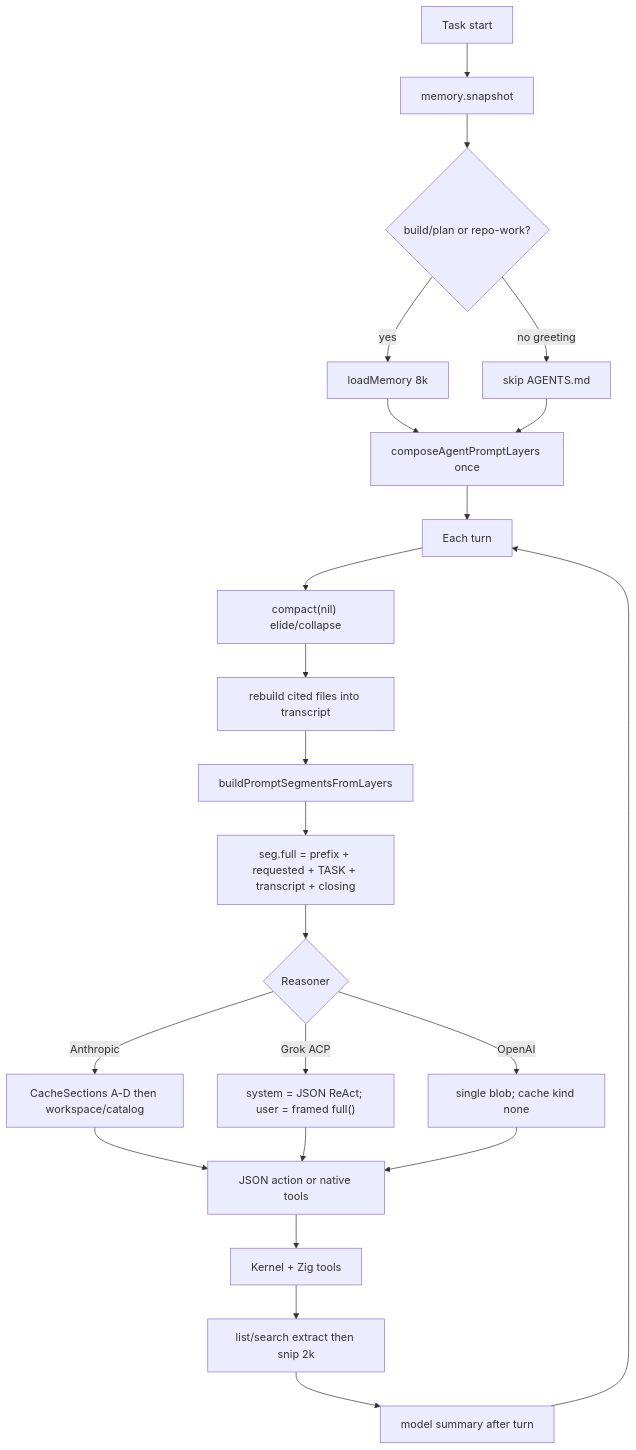
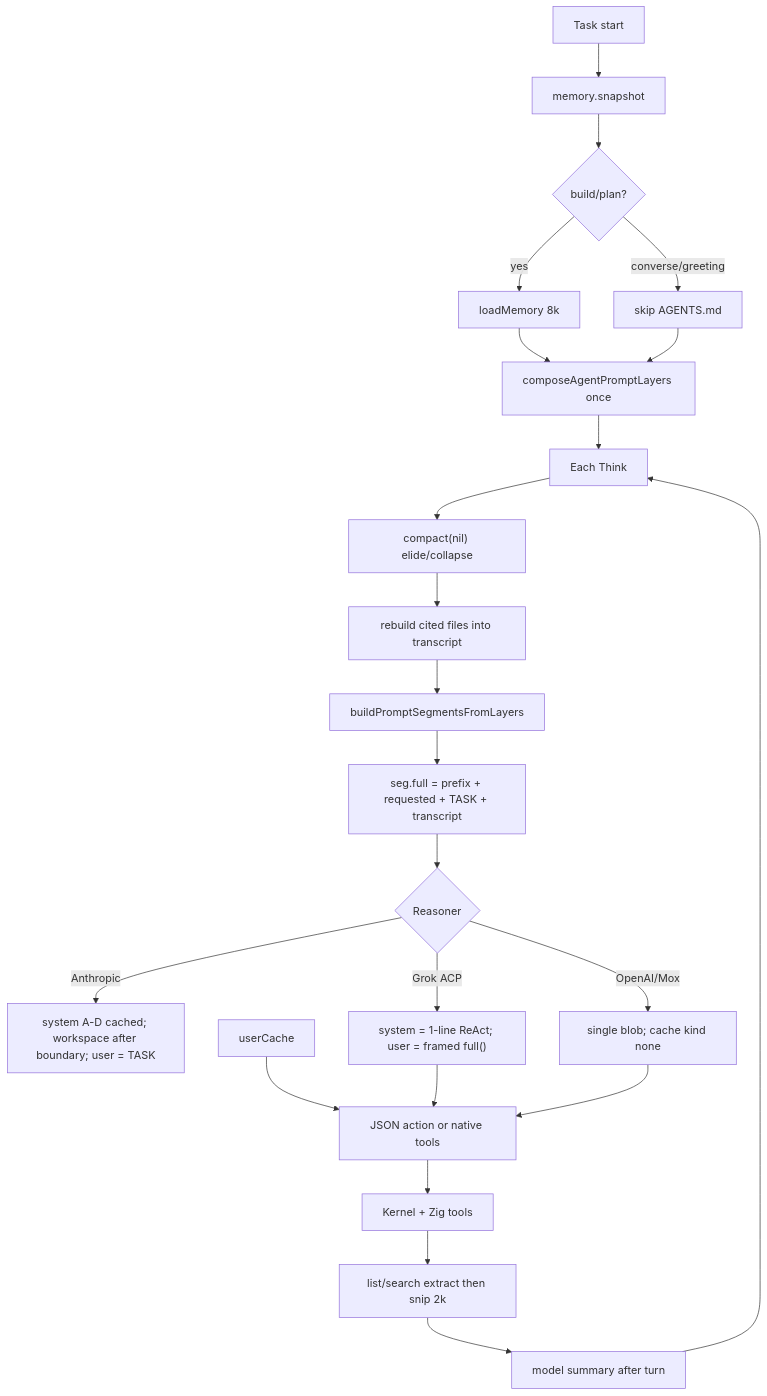
One commit to Nebutra/carina changed the diagram in docs/CONTEXT_ENGINEERING.md. Above: the diagram before and after it, drawn with Mermaid. The commit also changed other lines of this file and 19 other files, not shown here.

First line of the commit message:
fix: put Anthropic constitution in system, not the user turn

````diff
--- a/docs/CONTEXT_ENGINEERING.md
+++ b/docs/CONTEXT_ENGINEERING.md
@@ -92,25 +99,25 @@
 ```mermaid
 flowchart TD
   start[Task start] --> snap[memory.snapshot]
-  snap --> rules{build/plan or repo-work?}
+  snap --> rules{build/plan?}
   rules -->|yes| loadF[loadMemory 8k]
-  rules -->|no greeting| skipF[skip AGENTS.md]
+  rules -->|converse/greeting| skipF[skip AGENTS.md]
   loadF --> layers
   skipF --> layers[composeAgentPromptLayers once]
-  layers --> loop[Each turn]
+  layers --> loop[Each Think]
   loop --> cheap["compact(nil) elide/collapse"]
   cheap --> rebuild[rebuild cited files into transcript]
   rebuild --> build[buildPromptSegmentsFromLayers]
-  build --> full["seg.full = prefix + requested + TASK + transcript + closing"]
+  build --> full["seg.full = prefix + requested + TASK + transcript"]
   full --> route{Reasoner}
-  route -->|Anthropic| cache[CacheSections A-D then workspace/catalog]
-  route -->|Grok ACP| stuff["system = JSON ReAct; user = framed full()"]
-  route -->|OpenAI| blob["single blob; cache kind none"]
-  cache --> act[JSON action or native tools]
+  route -->|Anthropic| sysCache["system A-D cached; workspace after boundary; user = TASK"]
+  route -->|Grok ACP| stuff["system = 1-line ReAct; user = framed full()"]
+  route -->|OpenAI/Mox| blob["single blob; cache kind none"]
+  userCache --> act[JSON action or native tools]
   stuff --> act
   blob --> act
   act --> exec[Kernel + Zig tools]
   exec --> obs[list/search extract then snip 2k]
   obs --> after[model summary after turn]
   after --> loop
 ```
````
